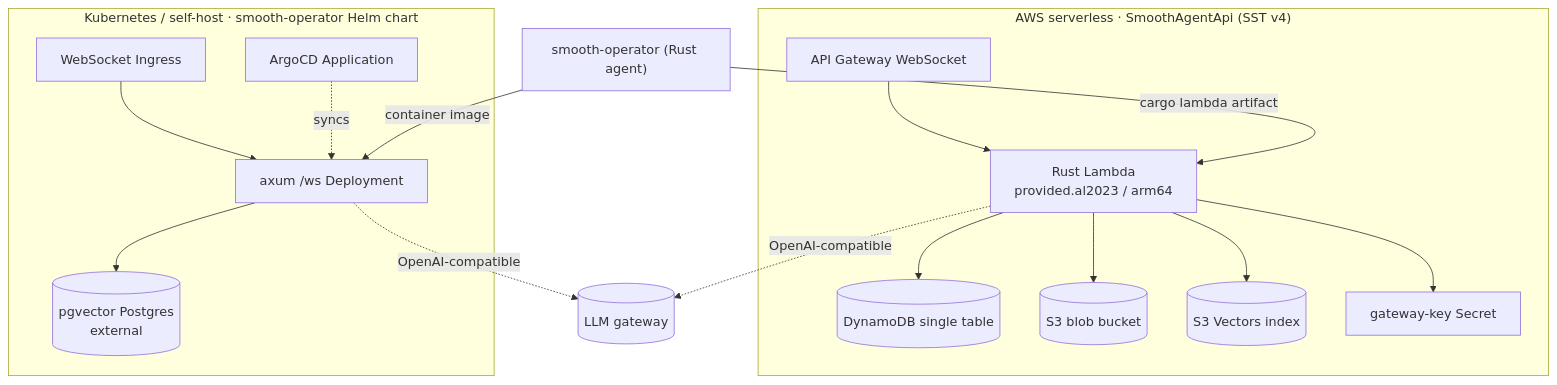
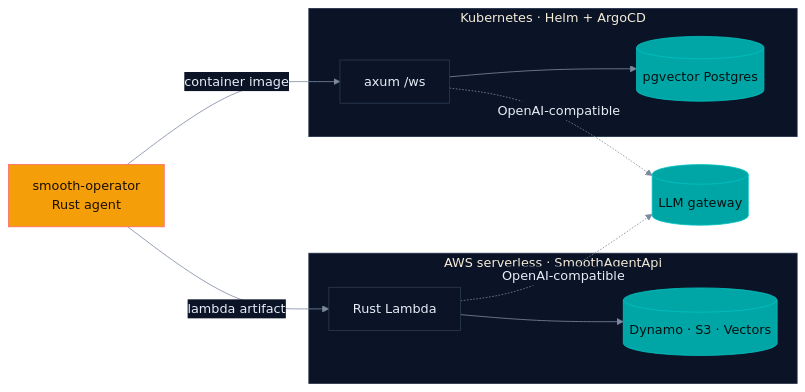
One commit to SmooAI/deploy changed the first of 2 diagrams in README.md. Above: the diagram before and after it, drawn with Mermaid. The commit also changed other lines of this file and 2 other files, not shown here.

Commit message:
chore: glow up README + diagrams — hero banner, marketing callout (#8)

````diff
--- a/README.md
+++ b/README.md
@@ -120,33 +115,30 @@
 ```mermaid
-flowchart TB
-    SRC["smooth-operator (Rust agent)"]
+%%{init: {'theme':'base','themeVariables':{
+  'background':'#020618','primaryColor':'#0b1426','primaryTextColor':'#e6edf6','primaryBorderColor':'#2b3a52',
+  'lineColor':'#7c8aa0','secondaryColor':'#0b1426','tertiaryColor':'#0b1426','fontFamily':'ui-sans-serif, system-ui, sans-serif',
+  'clusterBkg':'#0b1426','clusterBorder':'#22304a'}}}%%
+flowchart LR
+  SRC["smooth-operator<br/>Rust agent"]
 
-    subgraph aws["AWS serverless · SmoothAgentApi (SST v4)"]
-        WSAPI[API Gateway WebSocket]
-        LAM["Rust Lambda<br/>provided.al2023 / arm64"]
-        DDB[(DynamoDB single table)]
-        S3[(S3 blob bucket)]
-        VEC[(S3 Vectors index)]
-        SEC[gateway-key Secret]
-        WSAPI --> LAM
-        LAM --> DDB
-        LAM --> S3
-        LAM --> VEC
-        LAM --> SEC
-    end
+  subgraph aws["AWS serverless · SmoothAgentApi"]
+    LAM["Rust Lambda"]
+    STORE[("Dynamo · S3 · Vectors")]
+    LAM --> STORE
+  end
 
-    subgraph k8s["Kubernetes / self-host · smooth-operator Helm chart"]
-        ING[WebSocket Ingress]
-        DEP[axum /ws Deployment]
-        PG[("pgvector Postgres<br/>external")]
-        ARGO[ArgoCD Application]
-        ING --> DEP
-        DEP --> PG
-        ARGO -.->|syncs| DEP
-    end
+  subgraph k8s["Kubernetes · Helm + ArgoCD"]
+    DEP["axum /ws"]
+    PG[("pgvector Postgres")]
+    DEP --> PG
+  end
 
-    SRC -->|cargo lambda artifact| LAM
-    SRC -->|container image| DEP
-    LAM -.->|OpenAI-compatible| GW[(LLM gateway)]
-    DEP -.->|OpenAI-compatible| GW
+  SRC -->|lambda artifact| LAM
+  SRC -->|container image| DEP
+  LAM -.->|OpenAI-compatible| GW[("LLM gateway")]
+  DEP -.->|OpenAI-compatible| GW
+
+  classDef warm fill:#f49f0a,stroke:#ff6b6c,color:#1a0f00;
+  classDef teal fill:#00a6a6,stroke:#00c2c2,color:#011;
+  class SRC warm
+  class STORE,PG,GW teal
 ```
````
